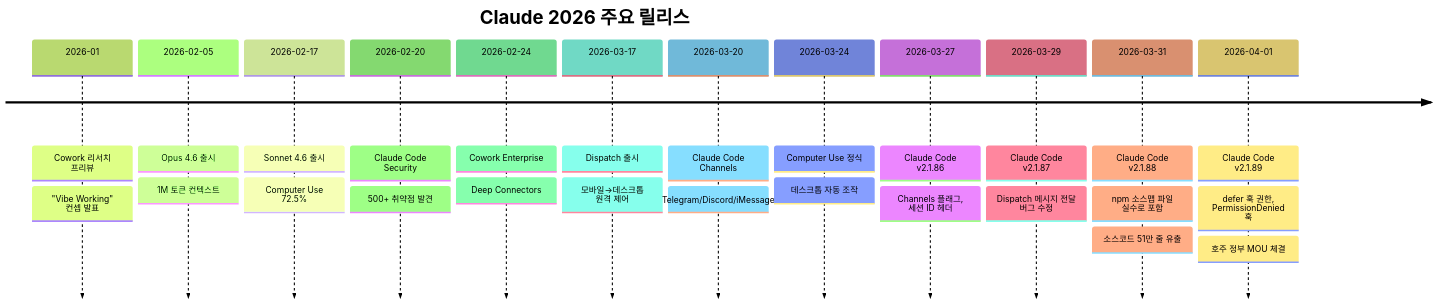
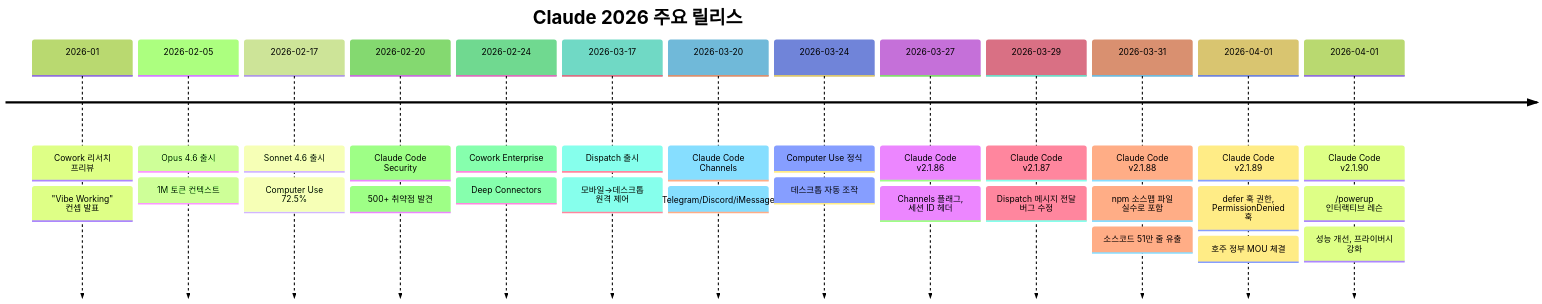
The diagram in tech/ai/claude/12-2026-updates.md (adszzz11/study), drawn with Mermaid (forest theme) before and after one commit. The commit also changed other lines of this file, not shown here.

First line of the commit message:
📝 [docs] Claude 업데이트 반영 - 2026-04-03

````diff
--- a/tech/ai/claude/12-2026-updates.md
+++ b/tech/ai/claude/12-2026-updates.md
@@ -17,30 +17,33 @@
 ```mermaid
 timeline
     title Claude 2026 주요 릴리스
     2026-01 : Cowork 리서치 프리뷰
            : "Vibe Working" 컨셉 발표
     2026-02-05 : Opus 4.6 출시
               : 1M 토큰 컨텍스트
     2026-02-17 : Sonnet 4.6 출시
               : Computer Use 72.5%
     2026-02-20 : Claude Code Security
               : 500+ 취약점 발견
     2026-02-24 : Cowork Enterprise
               : Deep Connectors
     2026-03-17 : Dispatch 출시
               : 모바일→데스크톱 원격 제어
     2026-03-20 : Claude Code Channels
               : Telegram/Discord/iMessage
     2026-03-24 : Computer Use 정식
               : 데스크톱 자동 조작
     2026-03-27 : Claude Code v2.1.86
               : Channels 플래그, 세션 ID 헤더
     2026-03-29 : Claude Code v2.1.87
               : Dispatch 메시지 전달 버그 수정
     2026-03-31 : Claude Code v2.1.88
               : npm 소스맵 파일 실수로 포함
               : 소스코드 51만 줄 유출
     2026-04-01 : Claude Code v2.1.89
               : defer 훅 권한, PermissionDenied 훅
               : 호주 정부 MOU 체결
+    2026-04-01 : Claude Code v2.1.90
+              : /powerup 인터랙티브 레슨
+              : 성능 개선, 프라이버시 강화
 ```
````
